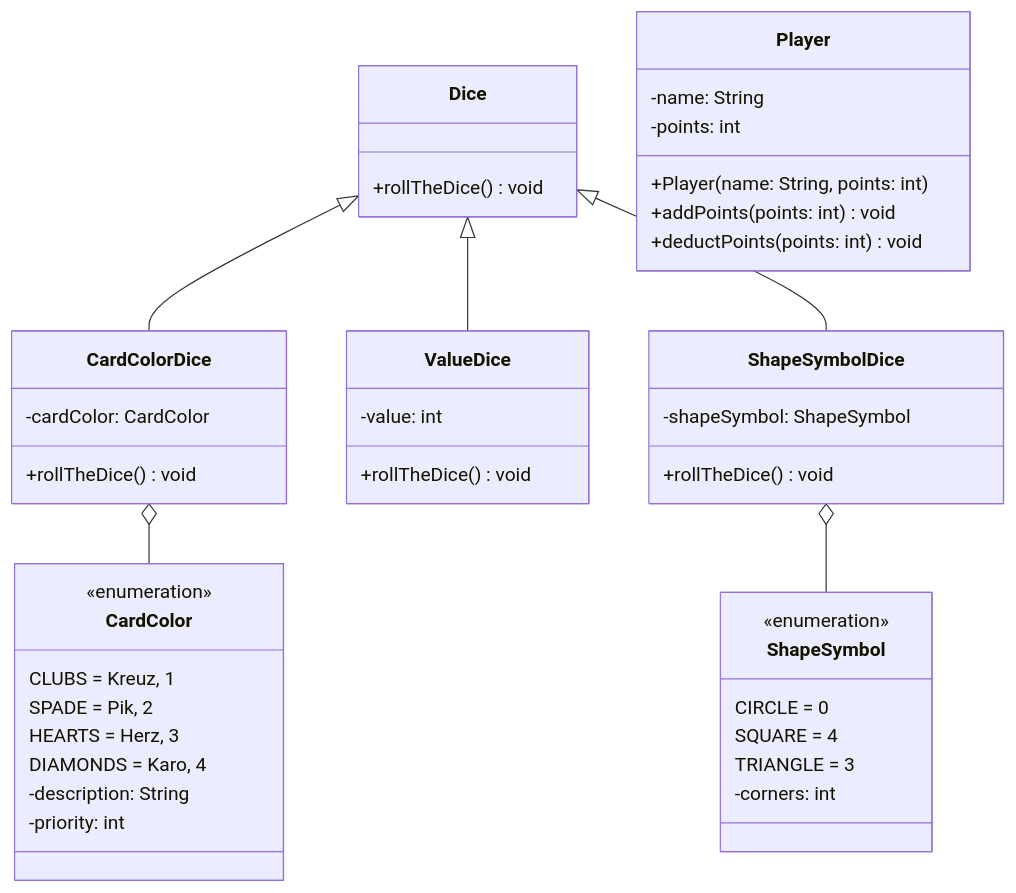
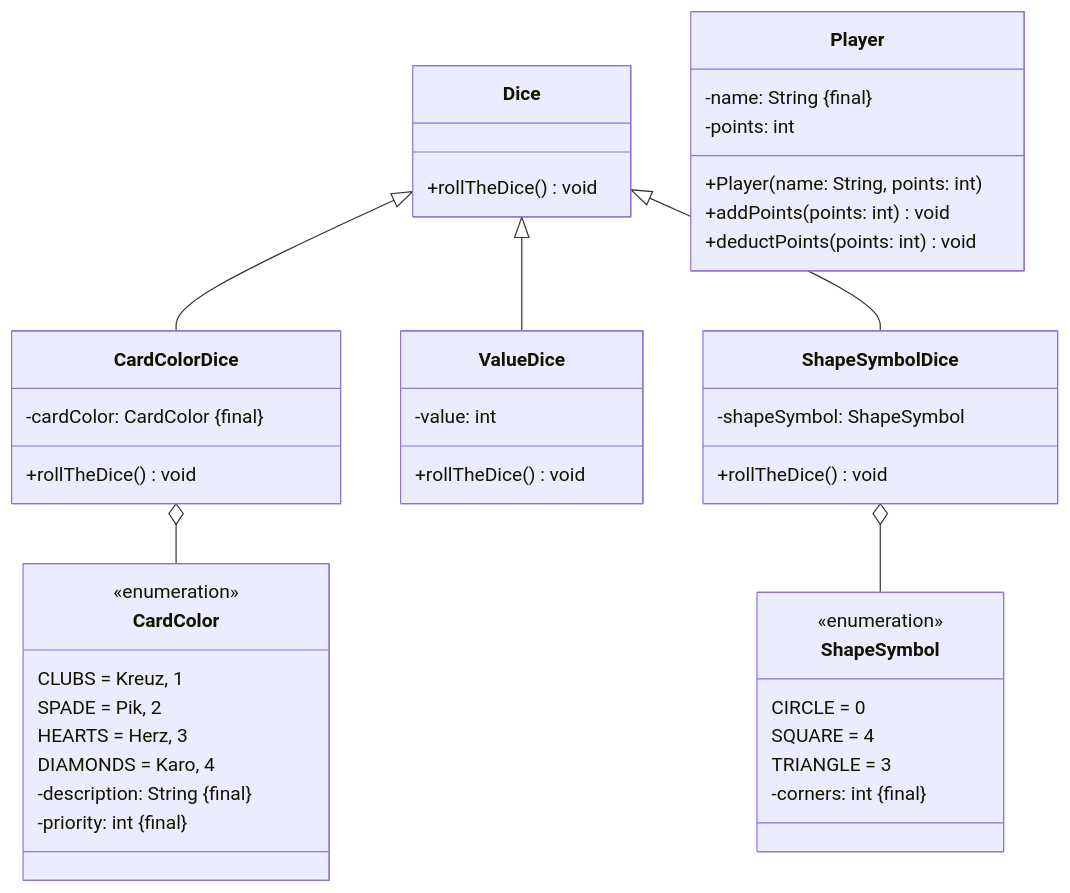
The diagram in docs/exam-exercises/exam-exercises-java1/dice-games.md (jappuccini/java-docs), drawn with Mermaid before and after one commit. The commit also changed 24 other files, not shown here.

````diff
--- a/docs/exam-exercises/exam-exercises-java1/dice-games.md
+++ b/docs/exam-exercises/exam-exercises-java1/dice-games.md
@@ -12,53 +12,53 @@
 ```mermaid
 classDiagram
     Dice <|-- CardColorDice
     Dice <|-- ValueDice
     Dice <|-- ShapeSymbolDice
     CardColorDice o-- CardColor
     ShapeSymbolDice o-- ShapeSymbol
 
     class Player {
-        -name: String
+        -name: String &#123final&#125
         -points: int
         +Player(name: String, points: int)
         +addPoints(points: int) void
         +deductPoints(points: int) void
     }
 
     class Dice {
         +rollTheDice() void
     }
 
     class CardColorDice {
-        -cardColor: CardColor
+        -cardColor: CardColor &#123final&#125
         +rollTheDice() void
     }
 
     class ValueDice {
         -value: int
         +rollTheDice() void
     }
 
     class ShapeSymbolDice {
         -shapeSymbol: ShapeSymbol
         +rollTheDice() void
     }
 
     class CardColor {
         <<enumeration>>
         CLUBS = Kreuz, 1
         SPADE = Pik, 2
         HEARTS = Herz, 3
         DIAMONDS = Karo, 4
-        -description: String
-        -priority: int
+        -description: String &#123final&#125
+        -priority: int &#123final&#125
     }
 
     class ShapeSymbol {
         <<enumeration>>
         CIRCLE = 0
         SQUARE = 4
         TRIANGLE = 3
-        -corners: int
+        -corners: int &#123final&#125
     }
 ```
````
